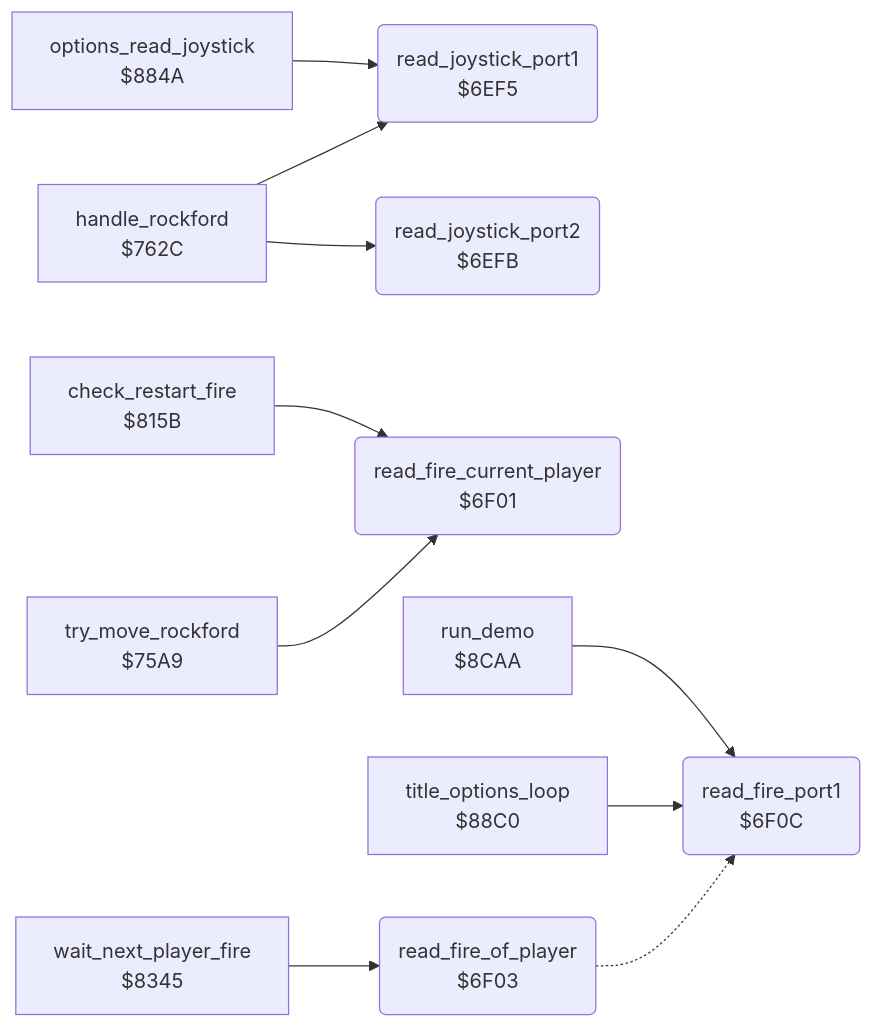
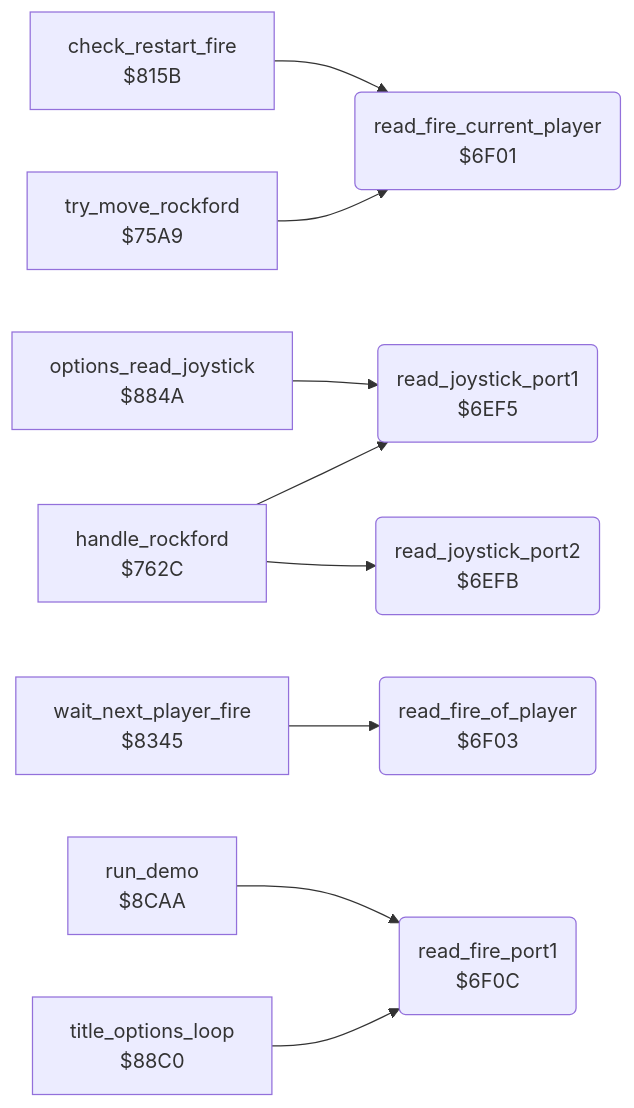
Before and after one commit to henols/c64_games: the diagram in boulder_dash/v2/docs/reference/modules/input/joystick.md, drawn with Mermaid. The commit also changed other lines of this file and 1100 other files, not shown here.

````diff
--- a/boulder_dash/v2/docs/reference/modules/input/joystick.md
+++ b/boulder_dash/v2/docs/reference/modules/input/joystick.md
@@ -10,24 +20,23 @@
 ```mermaid
 flowchart LR
   n6ef5("read_joystick_port1<br/>$6EF5")
   n6efb("read_joystick_port2<br/>$6EFB")
   n6f01("read_fire_current_player<br/>$6F01")
   n6f03("read_fire_of_player<br/>$6F03")
   n6f0c("read_fire_port1<br/>$6F0C")
   n75a9["try_move_rockford<br/>$75A9"]
   n762c["handle_rockford<br/>$762C"]
   n815b["check_restart_fire<br/>$815B"]
   n8345["wait_next_player_fire<br/>$8345"]
   n884a["options_read_joystick<br/>$884A"]
   n88c0["title_options_loop<br/>$88C0"]
   n8caa["run_demo<br/>$8CAA"]
-  n6f03 -.-> n6f0c
   n75a9 --> n6f01
   n762c --> n6ef5
   n762c --> n6efb
   n815b --> n6f01
   n8345 --> n6f03
   n884a --> n6ef5
   n88c0 --> n6f0c
   n8caa --> n6f0c
 ```
````
